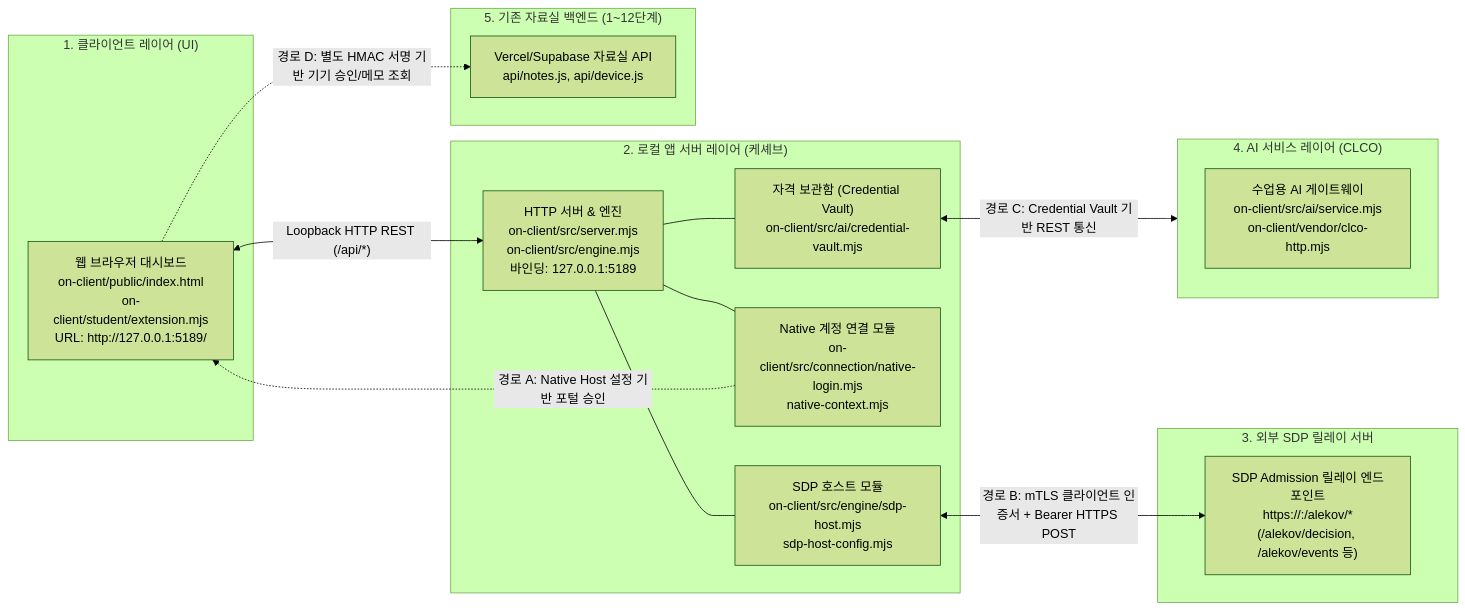
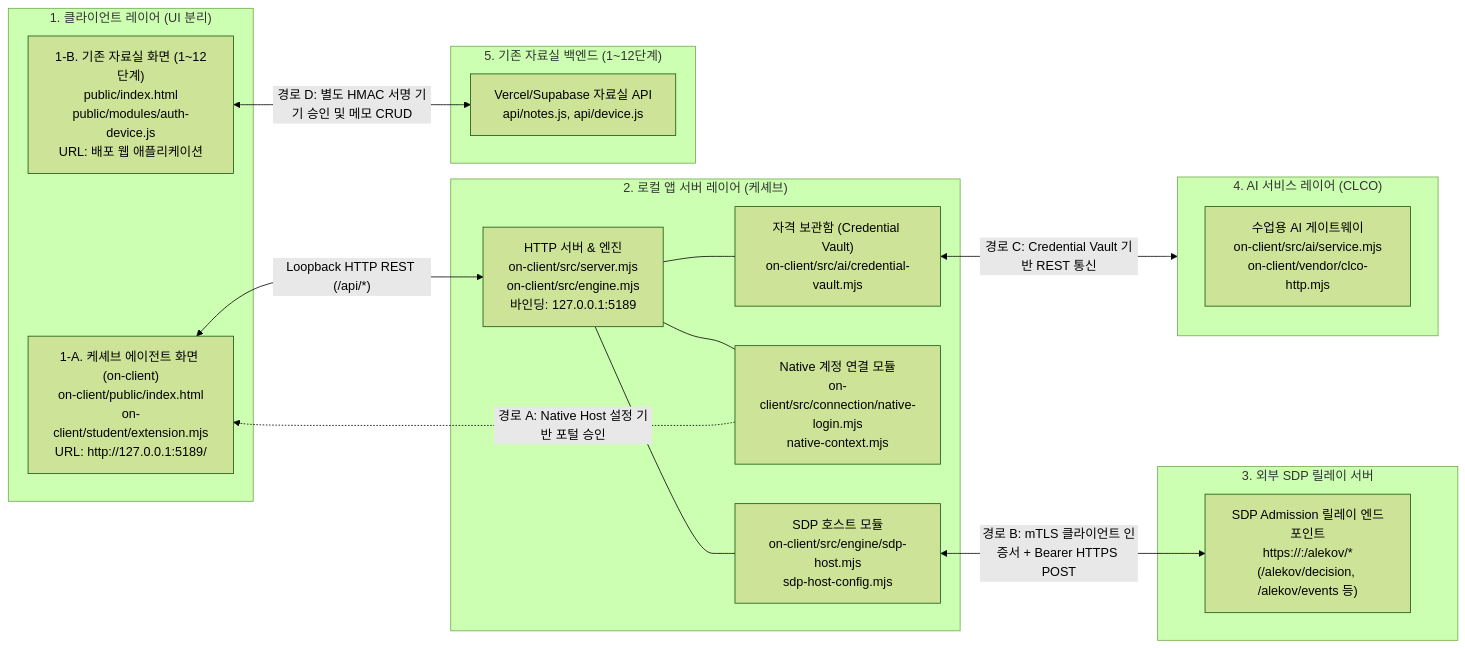
The diagram in README.md (altdmfk/choi-bujang-secret-vault), drawn with Mermaid (forest theme) before and after one commit. The commit also changed other lines of this file and 1 other file, not shown here.

Commit message:
21단계 architecture_matches_source 수정

````diff
--- a/README.md
+++ b/README.md
@@ -206,34 +206,35 @@
 ```mermaid
 flowchart LR
-    subgraph ClientLayer["1. 클라이언트 레이어 (UI)"]
-        Browser["웹 브라우저 대시보드<br/>on-client/public/index.html<br/>on-client/student/extension.mjs<br/>URL: http://127.0.0.1:5189/"]
+    subgraph ClientLayer["1. 클라이언트 레이어 (UI 분리)"]
+        ClientAgent["1-A. 케셰브 에이전트 화면 (on-client)<br/>on-client/public/index.html<br/>on-client/student/extension.mjs<br/>URL: http://127.0.0.1:5189/"]
+        ClientVault["1-B. 기존 자료실 화면 (1~12단계)<br/>public/index.html<br/>public/modules/auth-device.js<br/>URL: 배포 웹 애플리케이션"]
     end
 
     subgraph LocalServer["2. 로컬 앱 서버 레이어 (케셰브)"]
         AppServer["HTTP 서버 & 엔진<br/>on-client/src/server.mjs<br/>on-client/src/engine.mjs<br/>바인딩: 127.0.0.1:5189"]
         SdpModule["SDP 호스트 모듈<br/>on-client/src/engine/sdp-host.mjs<br/>sdp-host-config.mjs"]
         NativeModule["Native 계정 연결 모듈<br/>on-client/src/connection/native-login.mjs<br/>native-context.mjs"]
         Vault["자격 보관함 (Credential Vault)<br/>on-client/src/ai/credential-vault.mjs"]
     end
 
     subgraph ExternalSDP["3. 외부 SDP 릴레이 서버"]
         SDPRelay["SDP Admission 릴레이 엔드포인트<br/>https://<host>:<port>/alekov/*<br/>(/alekov/decision, /alekov/events 등)"]
     end
 
     subgraph AIGateway["4. AI 서비스 레이어 (CLCO)"]
         CLCO["수업용 AI 게이트웨이<br/>on-client/src/ai/service.mjs<br/>on-client/vendor/clco-http.mjs"]
     end
 
     subgraph LegacyVault["5. 기존 자료실 백엔드 (1~12단계)"]
         VaultAPI["Vercel/Supabase 자료실 API<br/>api/notes.js, api/device.js"]
     end
 
-    Browser <-->|"Loopback HTTP REST (/api/*)"| AppServer
+    ClientAgent <-->|"Loopback HTTP REST (/api/*)"| AppServer
     AppServer --- NativeModule
     AppServer --- SdpModule
     AppServer --- Vault
-    NativeModule -.->|"경로 A: Native Host 설정 기반 포털 승인"| Browser
+    NativeModule -.->|"경로 A: Native Host 설정 기반 포털 승인"| ClientAgent
     SdpModule <-->|"경로 B: mTLS 클라이언트 인증서 + Bearer HTTPS POST"| SDPRelay
     Vault <-->|"경로 C: Credential Vault 기반 REST 통신"| AIGateway
-    Browser -.->|"경로 D: 별도 HMAC 서명 기반 기기 승인/메모 조회"| VaultAPI
+    ClientVault <-->|"경로 D: 별도 HMAC 서명 기기 승인 및 메모 CRUD"| VaultAPI
 ```
````
